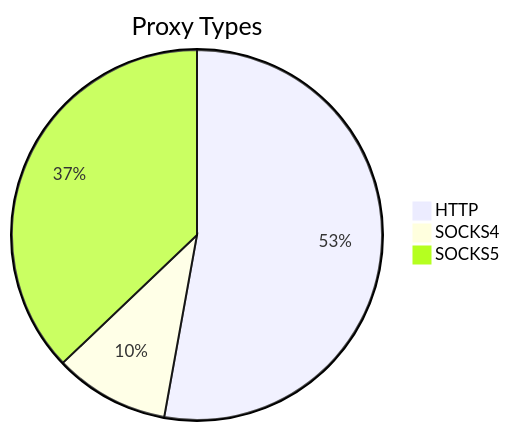
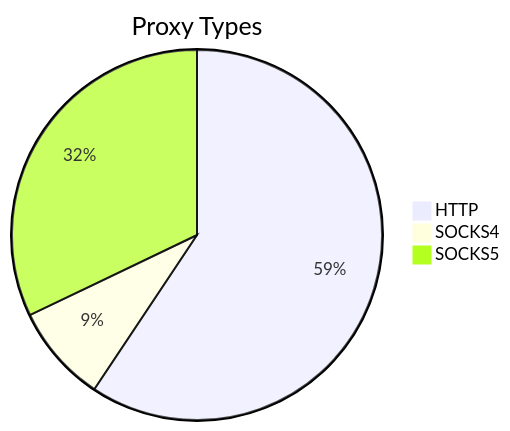
One commit to stormsia/proxy-list changed the first of 2 diagrams in README.md. Above: the diagram before and after it, drawn with Mermaid. The commit also changed other lines of this file, not shown here.

````diff
--- a/README.md
+++ b/README.md
@@ -21,6 +21,6 @@
 ```mermaid
 pie title Proxy Types
-    "HTTP" : 121
-    "SOCKS4" : 23
-    "SOCKS5" : 85
+    "HTTP" : 146
+    "SOCKS4" : 21
+    "SOCKS5" : 79
 ```
````
